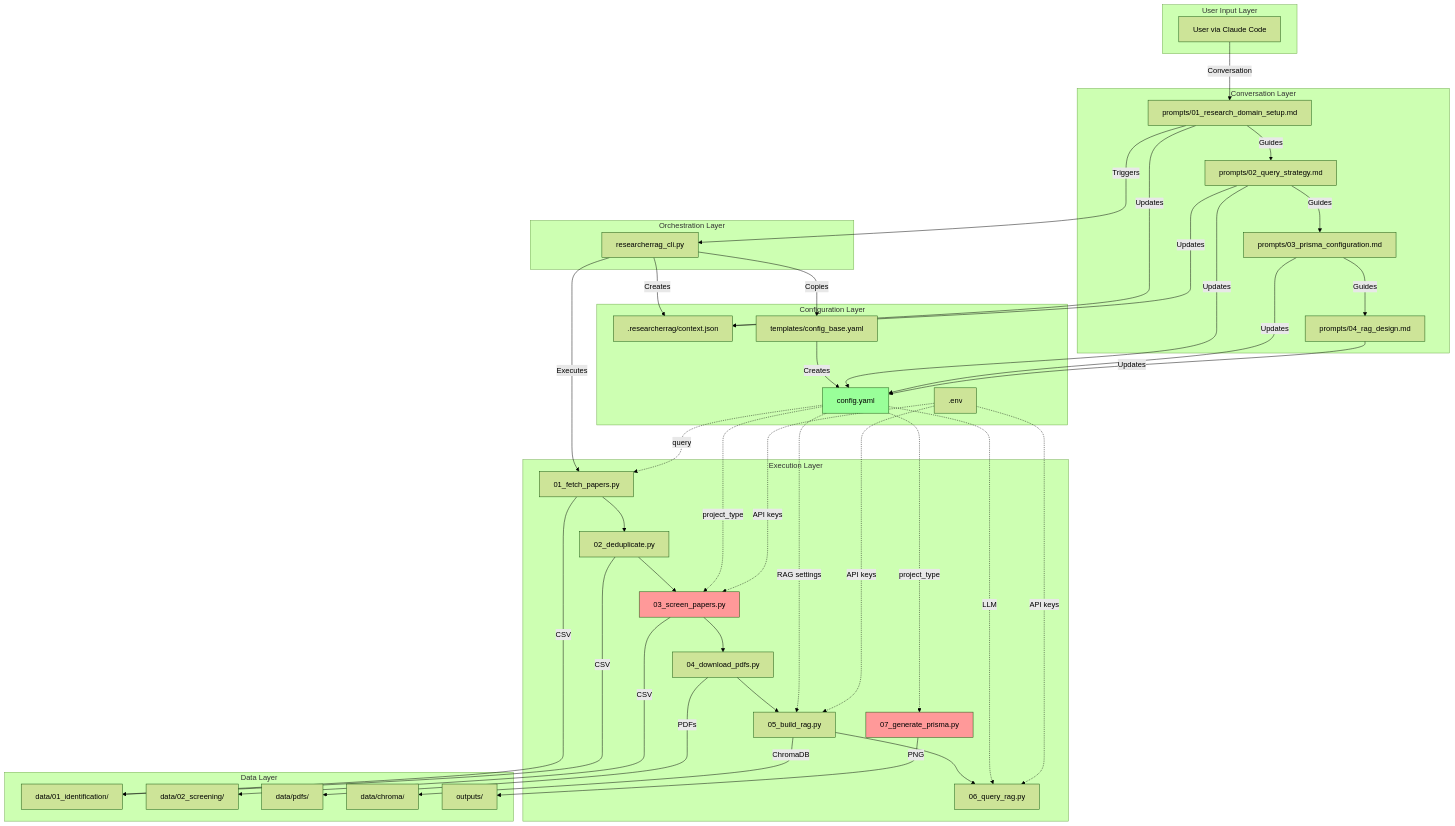
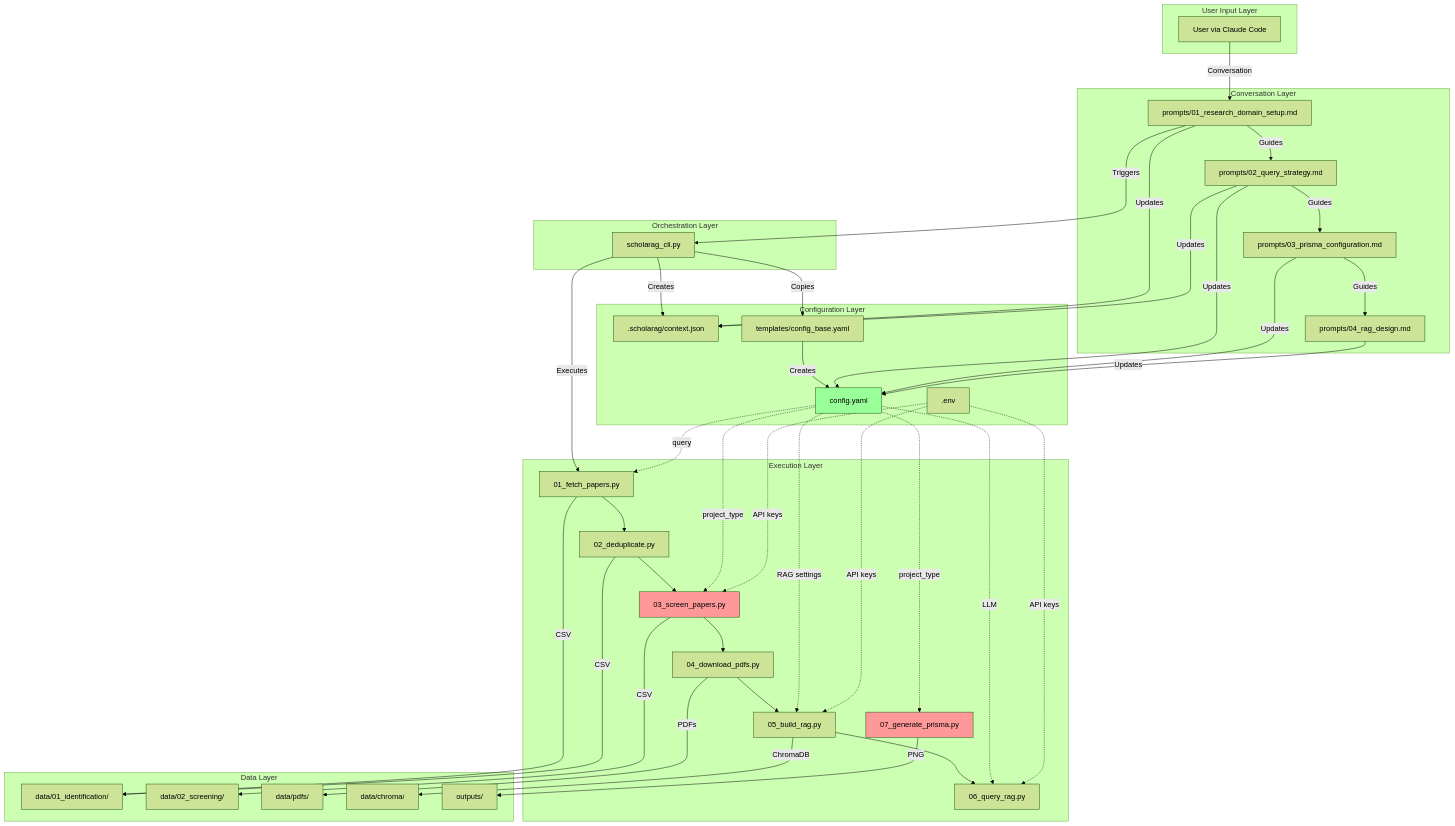
One commit to HosungYou/ScholaRAG changed the second of 2 diagrams in ARCHITECTURE.md. Above: the diagram before and after it, drawn with Mermaid (forest theme). The commit also changed other lines of this file and 28 other files, not shown here.

```diff
--- a/ARCHITECTURE.md
+++ b/ARCHITECTURE.md
@@ -364,13 +364,13 @@
 
     subgraph "Configuration Layer"
         CONF[config.yaml]
-        CTX[.researcherrag/context.json]
+        CTX[.scholarag/context.json]
         ENV[.env]
         TMPL[templates/config_base.yaml]
     end
 
     subgraph "Orchestration Layer"
-        CLI[researcherrag_cli.py]
+        CLI[scholarag_cli.py]
     end
 
     subgraph "Execution Layer"
```
